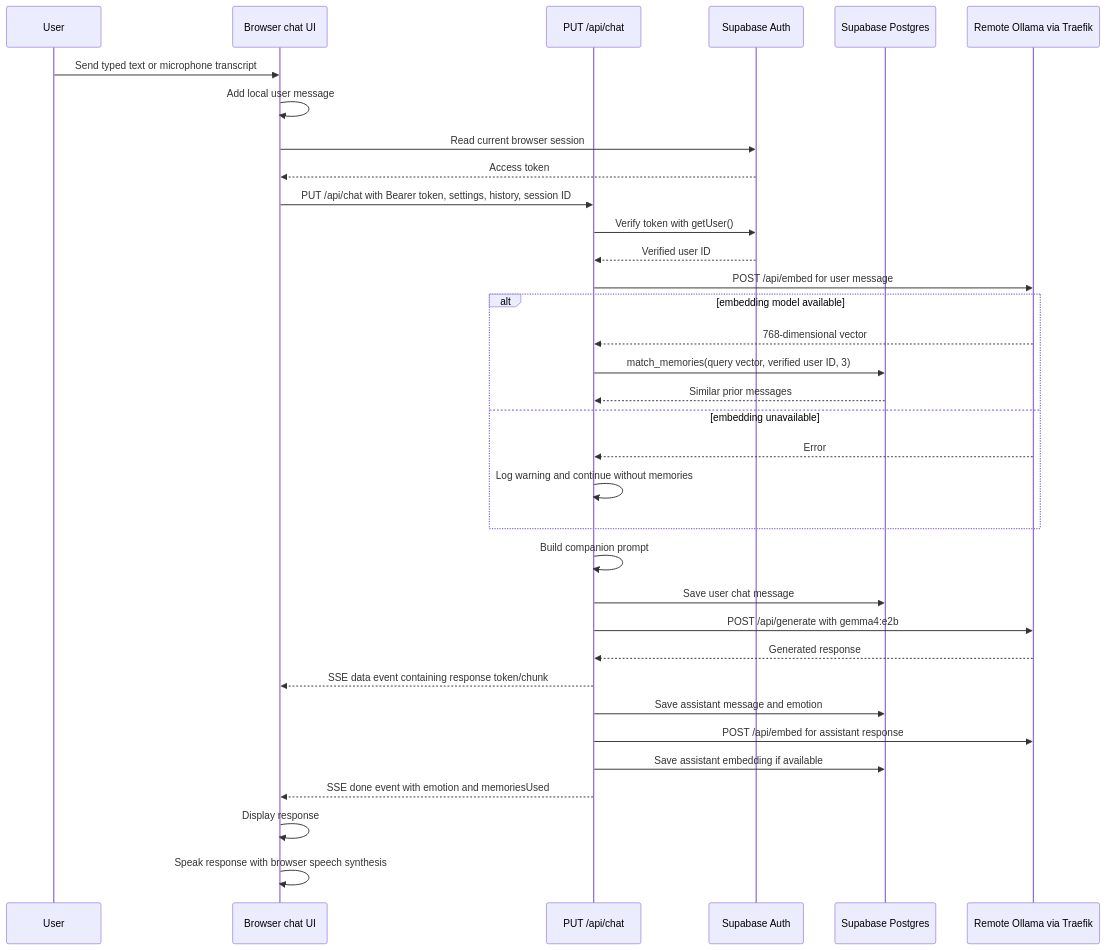
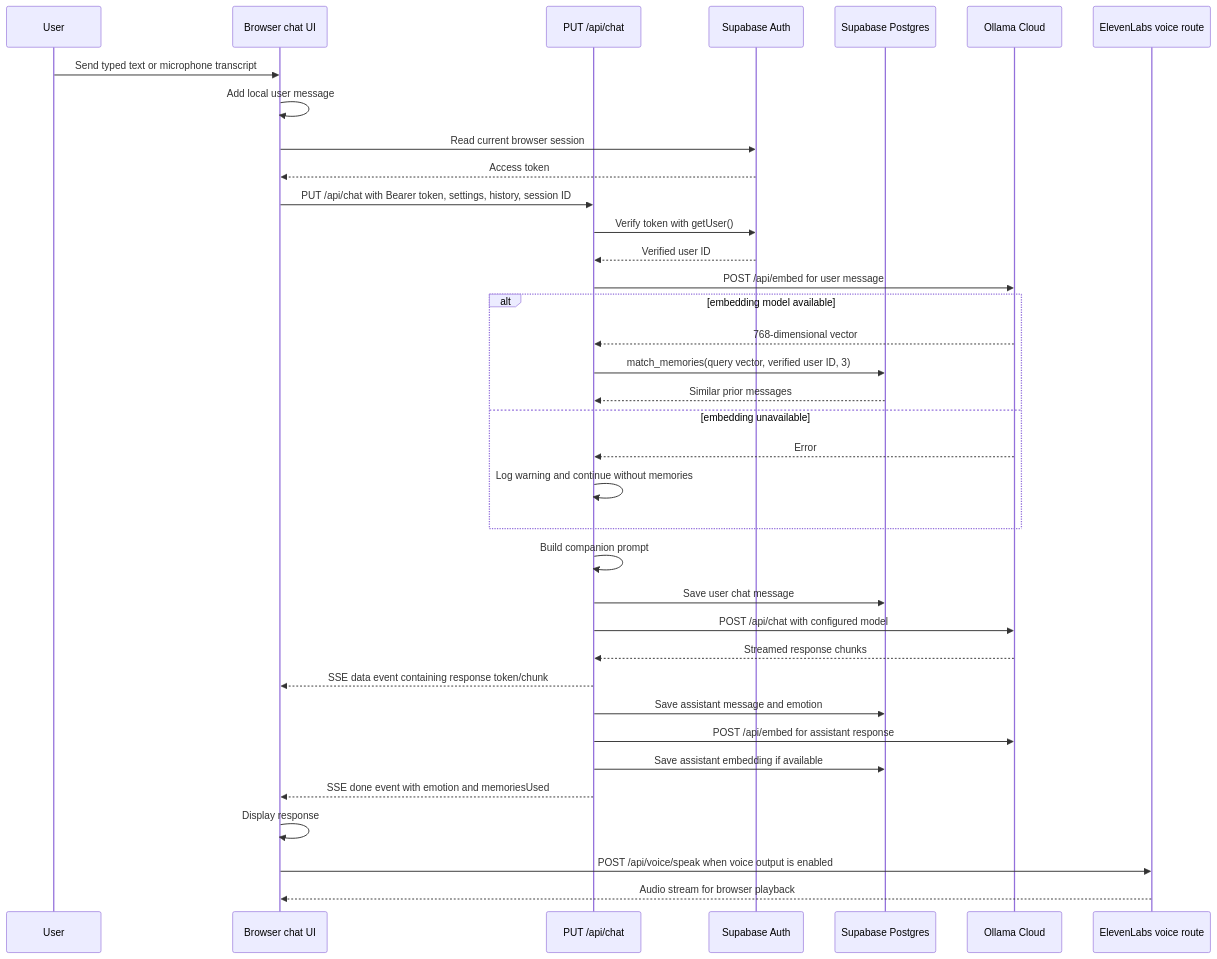
Before and after one commit to mardan-shah/voice-app: the fifth of 9 diagrams in ARCHITECTURE.md, drawn with Mermaid. The commit also changed other lines of this file and 22 other files, not shown here.

````diff
--- a/ARCHITECTURE.md
+++ b/ARCHITECTURE.md
@@ -397,37 +422,39 @@
 ```mermaid
 sequenceDiagram
     participant User
     participant UI as Browser chat UI
     participant API as PUT /api/chat
     participant Auth as Supabase Auth
     participant DB as Supabase Postgres
-    participant Ollama as Remote Ollama via Traefik
+    participant Ollama as Ollama Cloud
+    participant Voice as ElevenLabs voice route
 
     User->>UI: Send typed text or microphone transcript
     UI->>UI: Add local user message
     UI->>Auth: Read current browser session
     Auth-->>UI: Access token
     UI->>API: PUT /api/chat with Bearer token, settings, history, session ID
     API->>Auth: Verify token with getUser()
     Auth-->>API: Verified user ID
     API->>Ollama: POST /api/embed for user message
     alt embedding model available
         Ollama-->>API: 768-dimensional vector
         API->>DB: match_memories(query vector, verified user ID, 3)
         DB-->>API: Similar prior messages
     else embedding unavailable
         Ollama-->>API: Error
         API->>API: Log warning and continue without memories
     end
     API->>API: Build companion prompt
     API->>DB: Save user chat message
-    API->>Ollama: POST /api/generate with gemma4:e2b
-    Ollama-->>API: Generated response
+    API->>Ollama: POST /api/chat with configured model
+    Ollama-->>API: Streamed response chunks
     API-->>UI: SSE data event containing response token/chunk
     API->>DB: Save assistant message and emotion
     API->>Ollama: POST /api/embed for assistant response
     API->>DB: Save assistant embedding if available
     API-->>UI: SSE done event with emotion and memoriesUsed
     UI->>UI: Display response
-    UI->>UI: Speak response with browser speech synthesis
+    UI->>Voice: POST /api/voice/speak when voice output is enabled
+    Voice-->>UI: Audio stream for browser playback
 ```
````
